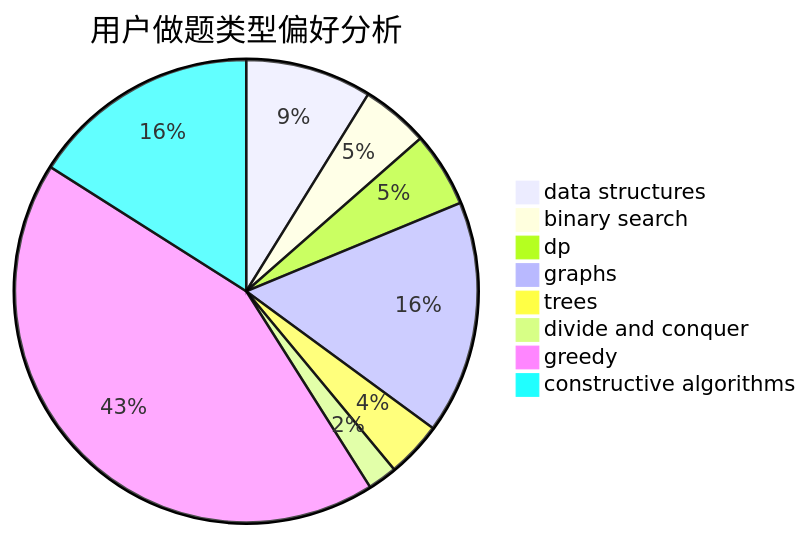
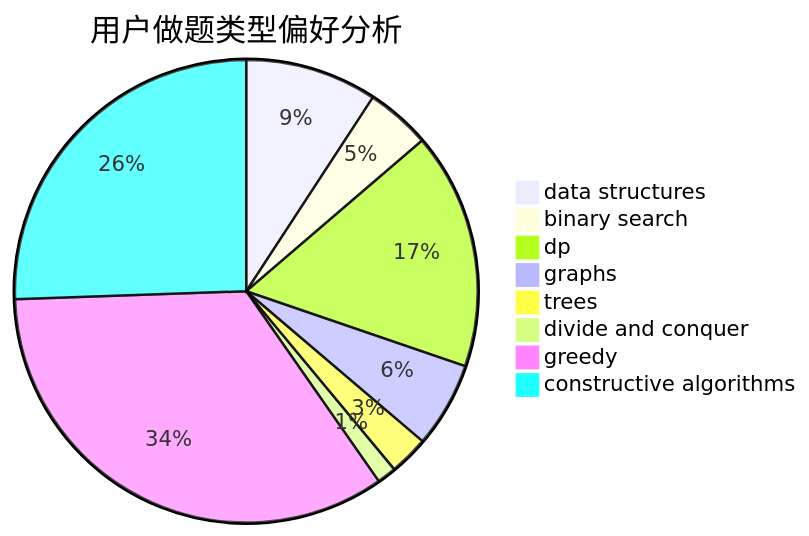
Before and after one commit to sherpahu/cfrs.github.io: the second of 3 diagrams in docs/user/u2666.md, drawn with Mermaid. The commit also changed other lines of this file and 2770 other files, not shown here.

````diff
--- a/docs/user/u2666.md
+++ b/docs/user/u2666.md
@@ -23,11 +23,11 @@
 ```mermaid
 pie title 用户做题类型偏好分析
-    "data structures" :  86
-    "binary search" :  46
-    "dp" :  51
-    "graphs" :  159
-    "trees" :  38
-    "divide and conquer" :  20
-    "greedy" :  419
-    "constructive algorithms" :  156
+    "data structures" :  151
+    "binary search" :  74
+    "dp" :  271
+    "graphs" :  98
+    "trees" :  45
+    "divide and conquer" :  22
+    "greedy" :  560
+    "constructive algorithms" :  419
 ```
````
